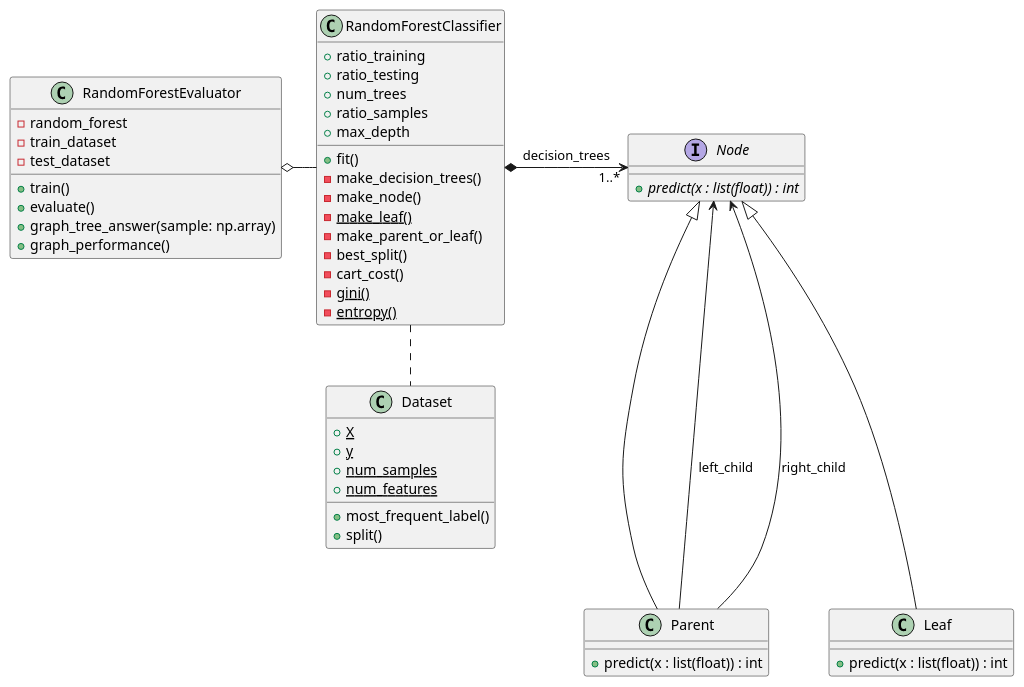
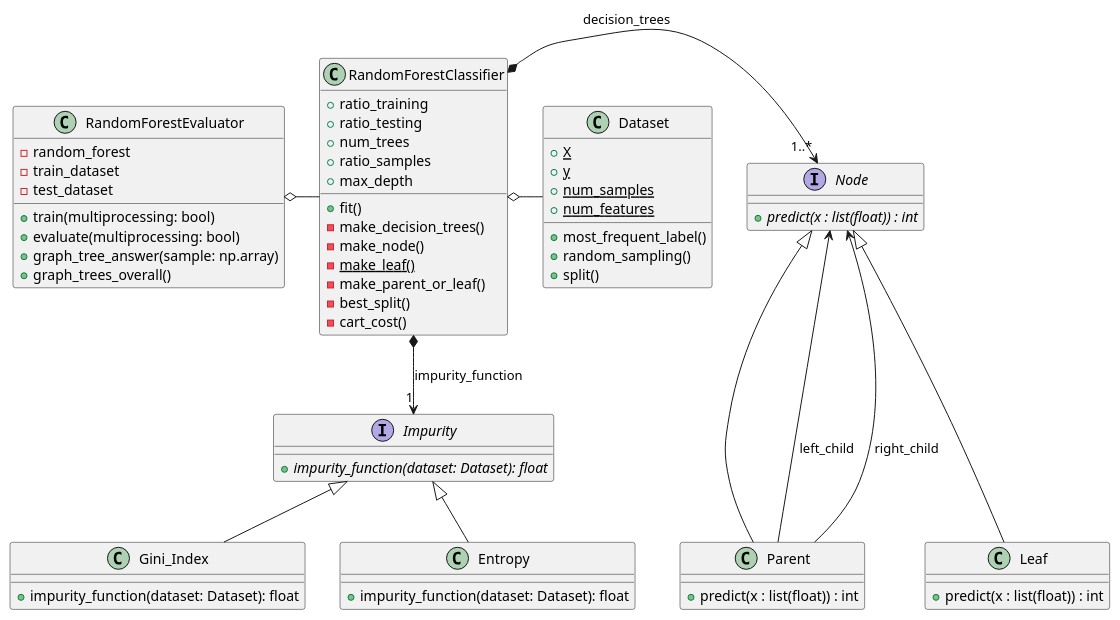
Before and after one commit to NIU1752648/POO: the diagram in Practica/Milestone 1/RandomForest.puml, drawn with PlantUML.

Commit message:
Plantejada interfaç impuresa i opció de multiprocessing

```diff
--- a/Practica/Milestone 1/RandomForest.puml
+++ b/Practica/Milestone 1/RandomForest.puml
@@ -1,60 +1,74 @@
-@startuml RandomForestClassifier
+@startuml RandomForest
 
 class RandomForestEvaluator {
 -random_forest
 -train_dataset
 -test_dataset
-+train()
-+evaluate()
++train(multiprocessing: bool)
++evaluate(multiprocessing: bool)
 +graph_tree_answer(sample: np.array)
-+graph_performance()
++graph_trees_overall()
 }
 
 class RandomForestClassifier {
 +ratio_training
 +ratio_testing
 +num_trees
 +ratio_samples
 +max_depth
 +fit()
 -make_decision_trees()
 -make_node()
 - {static}make_leaf()
 -make_parent_or_leaf()
 -best_split()
 -cart_cost()
--{static}gini()
--{static}entropy()
+}
+
+interface Impurity {
+{abstract}+impurity_function(dataset: Dataset): float
+}
+
+class Gini_Index {
+    +impurity_function(dataset: Dataset): float
+}
+
+class Entropy {
+    +impurity_function(dataset: Dataset): float
 }
 
 interface Node {
 {abstract} +predict(x : list(float)) : int
 }
 
 class Leaf {
 +predict(x : list(float)) : int
 }
 
 class Parent {
 +predict(x : list(float)) : int
 }
 
 class Dataset {
 + {static}X
 + {static}y
 + {static}num_samples
 + {static}num_features
 
 + most_frequent_label()
++ random_sampling()
 +split()
 }
 
+RandomForestClassifier *-down-> "1" Impurity: impurity_function
+Impurity <|-down- Gini_Index
+Impurity <|-down- Entropy
 RandomForestClassifier *-right-> "1..*" Node : decision_trees
 Leaf -up--|> Node
 Parent -up--|> Node
 Parent ---> Node : left_child
 Parent ---> Node : right_child
-RandomForestClassifier .down. Dataset
+RandomForestClassifier o-right- Dataset
 RandomForestEvaluator o-right- RandomForestClassifier
 
 @enduml
```
